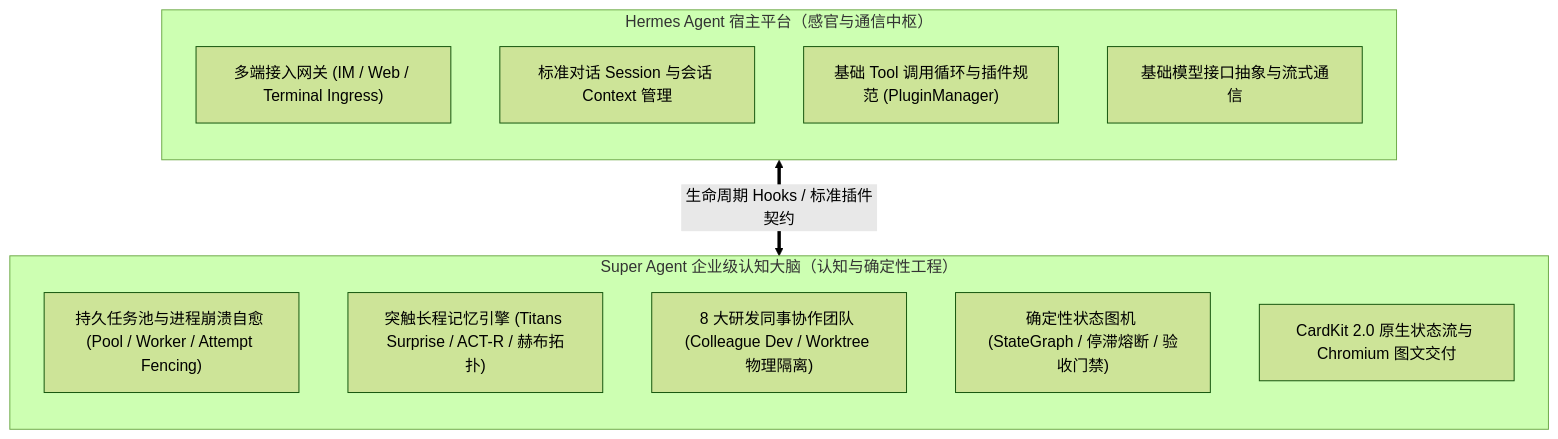
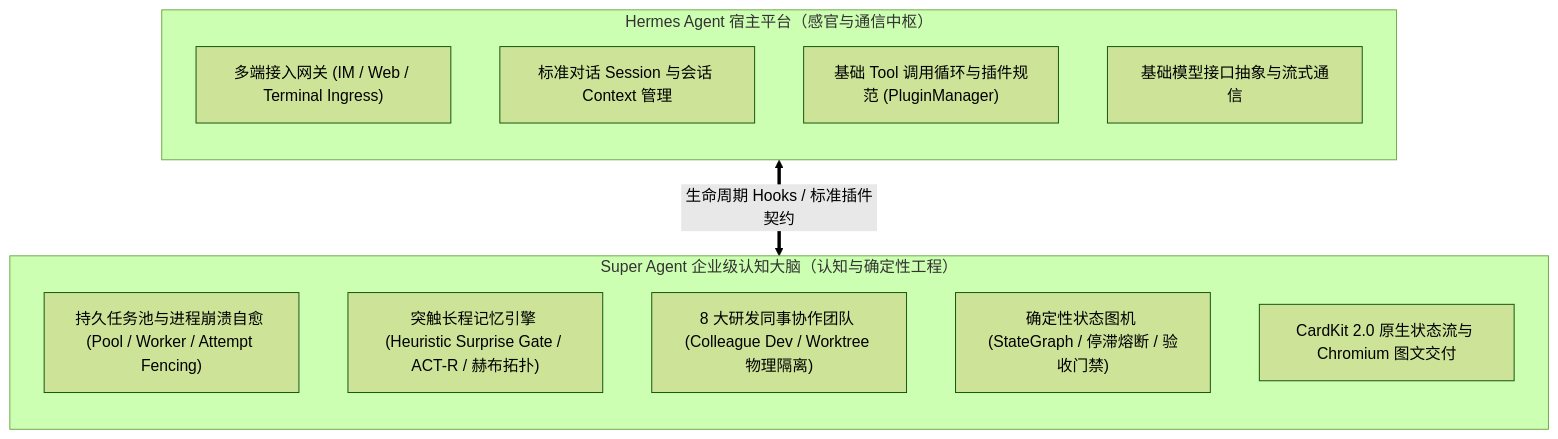
The second of 3 diagrams in docs/ARCHITECTURE.md (caixuf/super-agent), drawn with Mermaid (forest theme) before and after one commit. The commit also changed other lines of this file and 26 other files, not shown here.

````diff
--- a/docs/ARCHITECTURE.md
+++ b/docs/ARCHITECTURE.md
@@ -45,21 +45,21 @@
 ```mermaid
 flowchart TD
     subgraph Hermes["Hermes Agent 宿主平台（感官与通信中枢）"]
         direction TB
         H1["多端接入网关 (IM / Web / Terminal Ingress)"]
         H2["标准对话 Session 与会话 Context 管理"]
         H3["基础 Tool 调用循环与插件规范 (PluginManager)"]
         H4["基础模型接口抽象与流式通信"]
     end
 
     subgraph SuperAgent["Super Agent 企业级认知大脑（认知与确定性工程）"]
         direction TB
         S1["持久任务池与进程崩溃自愈 (Pool / Worker / Attempt Fencing)"]
-        S2["突触长程记忆引擎 (Titans Surprise / ACT-R / 赫布拓扑)"]
+        S2["突触长程记忆引擎 (Heuristic Surprise Gate / ACT-R / 赫布拓扑)"]
         S3["8 大研发同事协作团队 (Colleague Dev / Worktree 物理隔离)"]
         S4["确定性状态图机 (StateGraph / 停滞熔断 / 验收门禁)"]
         S5["CardKit 2.0 原生状态流与 Chromium 图文交付"]
     end
 
     Hermes <== "生命周期 Hooks / 标准插件契约" ==> SuperAgent
 ```
````
